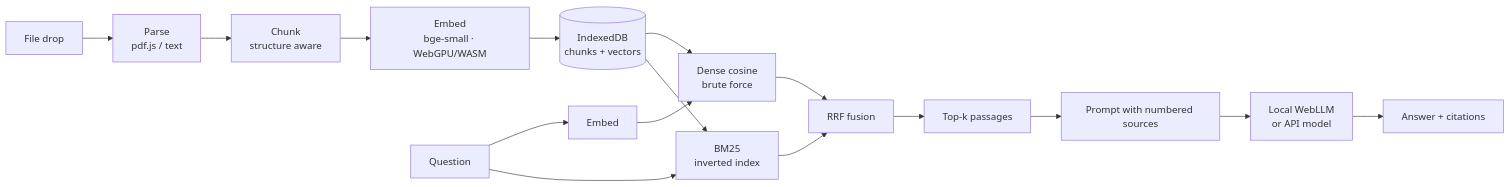
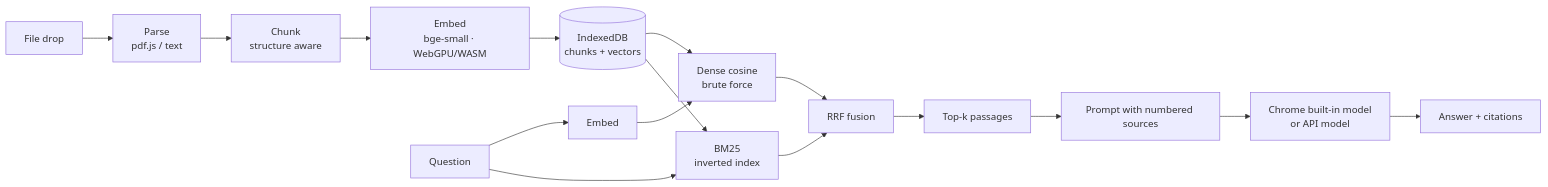
One commit to Deesa-Nethmal-Warusamana/browser-rag changed the diagram in README.md. Above: the diagram before and after it, drawn with Mermaid. The commit also changed other lines of this file and 12 other files, not shown here.

First line of the commit message:
feat: use Chrome's built-in model instead of downloading an LLM

````diff
--- a/README.md
+++ b/README.md
@@ -38,19 +45,19 @@
 ```mermaid
 flowchart LR
     F[File drop] --> P[Parse<br/>pdf.js / text]
     P --> C[Chunk<br/>structure aware]
     C --> E[Embed<br/>bge-small · WebGPU/WASM]
     E --> DB[(IndexedDB<br/>chunks + vectors)]
 
     Q[Question] --> QE[Embed]
     QE --> D[Dense cosine<br/>brute force]
     DB --> D
     Q --> L[BM25<br/>inverted index]
     DB --> L
     D --> R[RRF fusion]
     L --> R
     R --> T[Top-k passages]
     T --> M[Prompt with numbered sources]
-    M --> LLM[Local WebLLM<br/>or API model]
+    M --> LLM[Chrome built-in model<br/>or API model]
     LLM --> A[Answer + citations]
 ```
````
